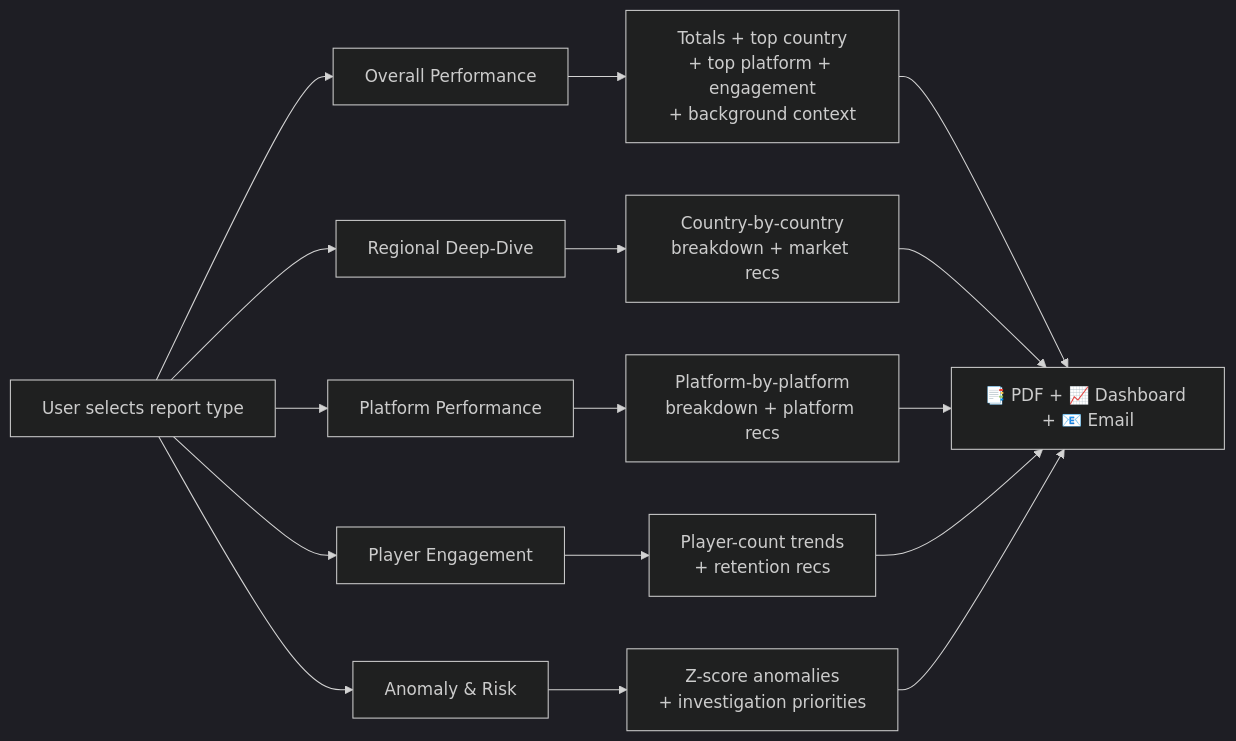
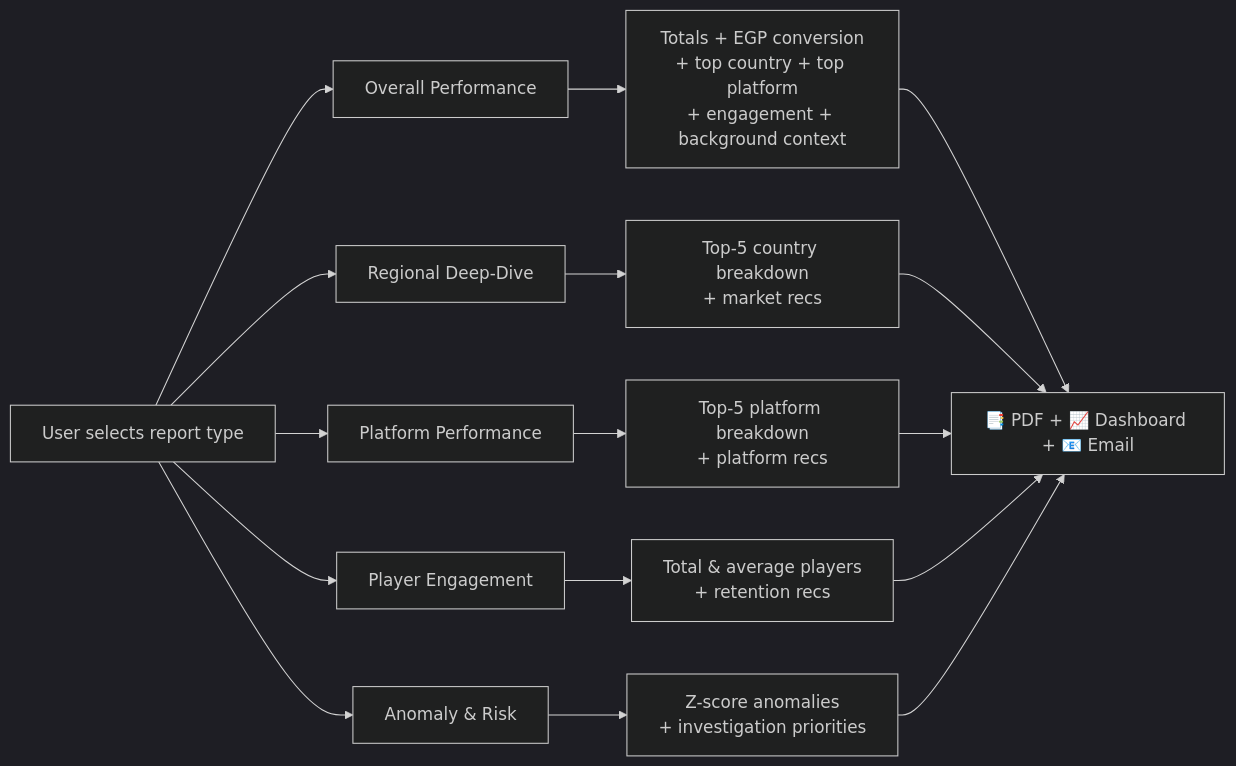
One commit to Worof/-GTA-V-Worldwide-Sales-Multi-Agent-AI-System changed the sixth of 9 diagrams in README.md. Above: the diagram before and after it, drawn with Mermaid (dark theme). The commit also changed other lines of this file, not shown here.

````diff
--- a/README.md
+++ b/README.md
@@ -260,20 +280,20 @@
 ```mermaid
 flowchart LR
     SELECT[User selects report type] --> OVERALL[Overall Performance]
     SELECT --> REGIONAL[Regional Deep-Dive]
     SELECT --> PLATFORM[Platform Performance]
     SELECT --> ENGAGEMENT[Player Engagement]
     SELECT --> RISK[Anomaly & Risk]
 
-    OVERALL --> CONTENT1[Totals + top country<br/>+ top platform + engagement<br/>+ background context]
-    REGIONAL --> CONTENT2[Country-by-country<br/>breakdown + market recs]
-    PLATFORM --> CONTENT3[Platform-by-platform<br/>breakdown + platform recs]
-    ENGAGEMENT --> CONTENT4[Player-count trends<br/>+ retention recs]
+    OVERALL --> CONTENT1[Totals + EGP conversion<br/>+ top country + top platform<br/>+ engagement + background context]
+    REGIONAL --> CONTENT2[Top-5 country breakdown<br/>+ market recs]
+    PLATFORM --> CONTENT3[Top-5 platform breakdown<br/>+ platform recs]
+    ENGAGEMENT --> CONTENT4[Total & average players<br/>+ retention recs]
     RISK --> CONTENT5[Z-score anomalies<br/>+ investigation priorities]
 
     CONTENT1 --> OUTPUT[📑 PDF + 📈 Dashboard + 📧 Email]
     CONTENT2 --> OUTPUT
     CONTENT3 --> OUTPUT
     CONTENT4 --> OUTPUT
     CONTENT5 --> OUTPUT
 ```
````
